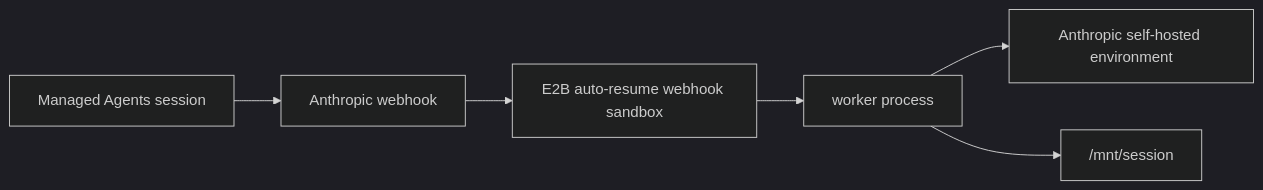
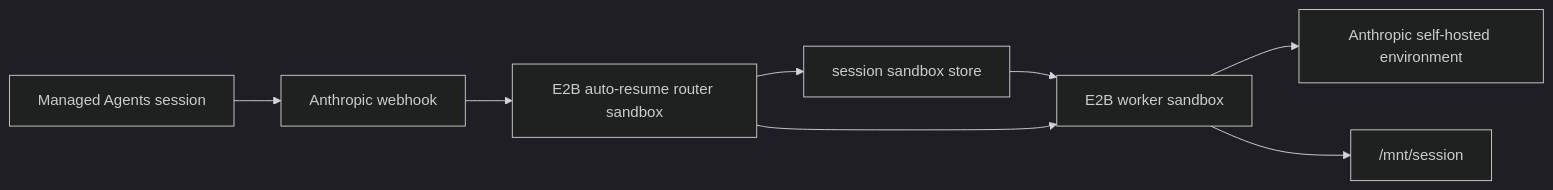
Before and after one commit to e2b-dev/e2b-cookbook: the diagram in examples/anthropic-managed-agents/javascript/webhooks/README.md, drawn with Mermaid (dark theme). The commit also changed other lines of this file and 8 other files, not shown here.

````diff
--- a/examples/anthropic-managed-agents/javascript/webhooks/README.md
+++ b/examples/anthropic-managed-agents/javascript/webhooks/README.md
@@ -9,8 +10,10 @@
 ```mermaid
 flowchart LR
     session["Managed Agents session"] --> webhook["Anthropic webhook"]
-    webhook --> receiver["E2B auto-resume webhook sandbox"]
-    receiver --> worker["worker process"]
+    webhook --> receiver["E2B auto-resume router sandbox"]
+    receiver --> store["session sandbox store"]
+    store --> worker["E2B worker sandbox"]
+    receiver --> worker
     worker --> env["Anthropic self-hosted environment"]
     worker --> workdir["/mnt/session"]
 ```
````
